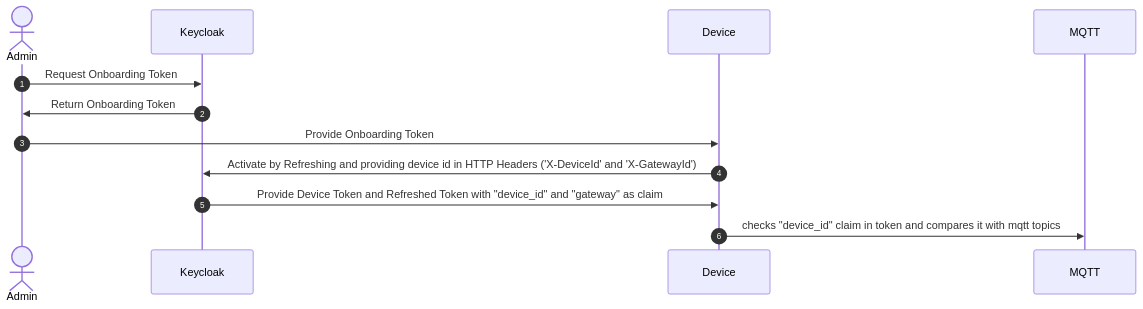
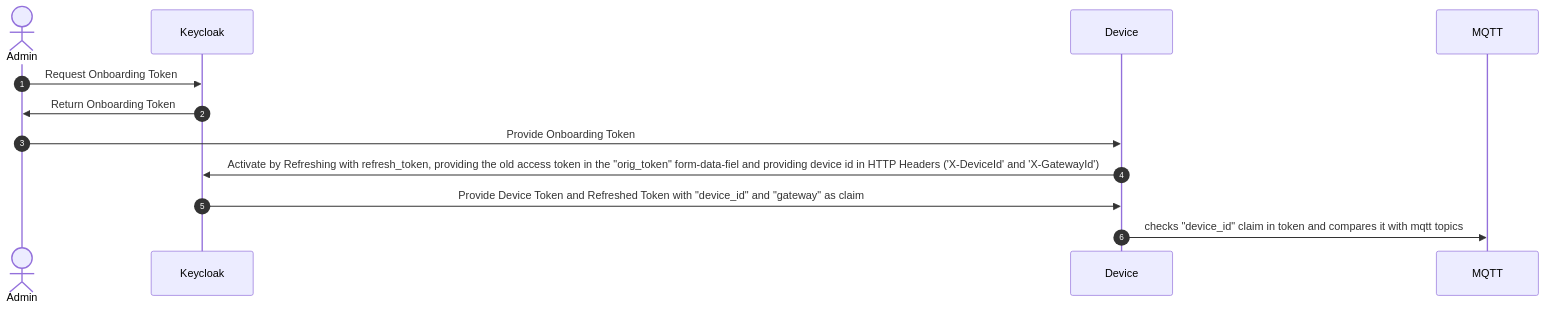
Before and after one commit to IndustryFusion/DigitalTwin: the diagram in NgsildAgent/README.md, drawn with Mermaid. The commit also changed other lines of this file, not shown here.

````diff
--- a/NgsildAgent/README.md
+++ b/NgsildAgent/README.md
@@ -271,15 +180,15 @@
 ```mermaid
 sequenceDiagram
 autonumber
    Actor Admin;
    Participant Keycloak;
    Participant Device;
    Participant MQTT;
    Admin ->> Keycloak: Request Onboarding Token
    Keycloak ->> Admin: Return Onboarding Token
    Admin ->> Device: Provide Onboarding Token
-   Device ->> Keycloak: Activate by Refreshing and providing device id in HTTP Headers ('X-DeviceId' and 'X-GatewayId')
+   Device ->> Keycloak: Activate by Refreshing with refresh_token, providing the old access token in the "orig_token" form-data-fiel and providing device id in HTTP Headers ('X-DeviceId' and 'X-GatewayId')
    Keycloak ->> Device: Provide Device Token and Refreshed Token with "device_id" and "gateway" as claim
    Device ->> MQTT: checks "device_id" claim in token and compares it with mqtt topics
 
 ```
````
